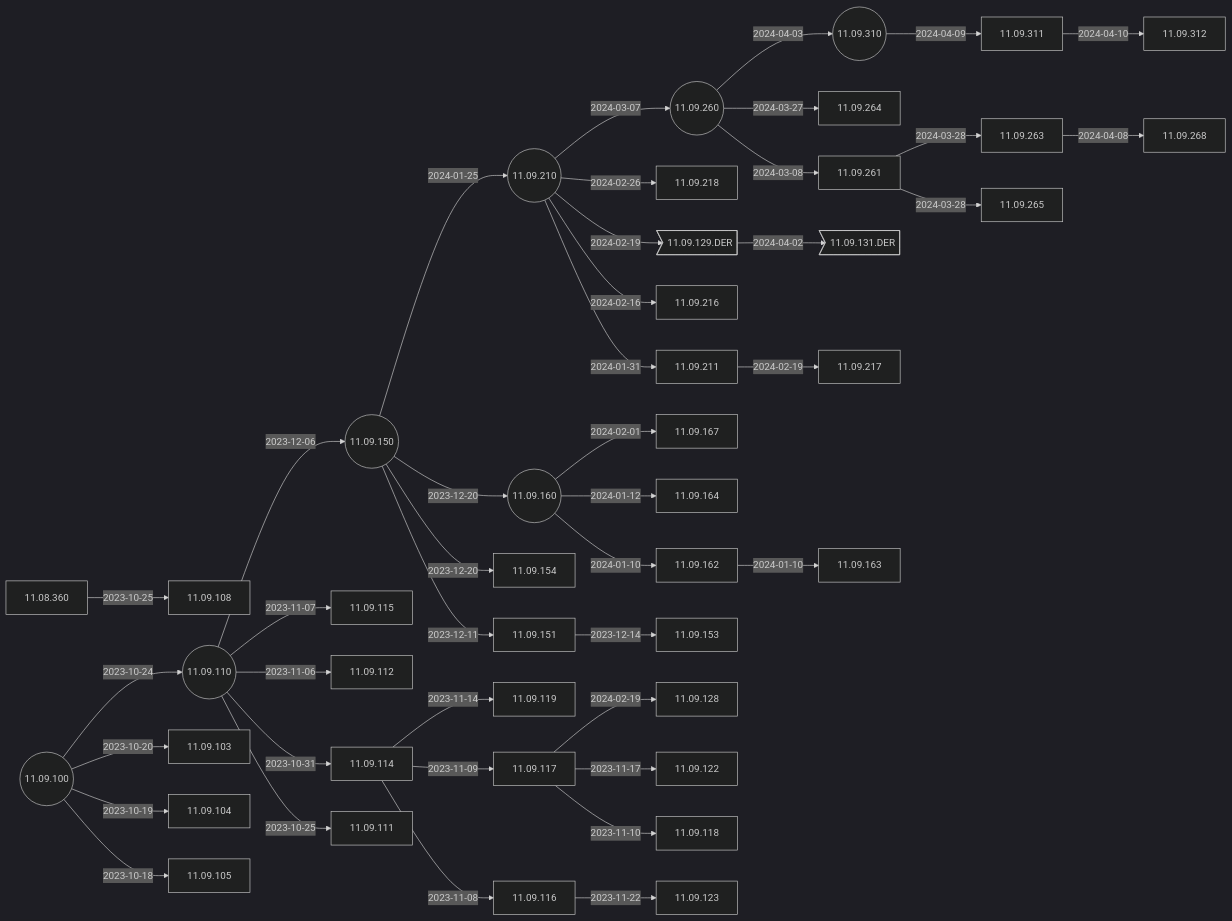
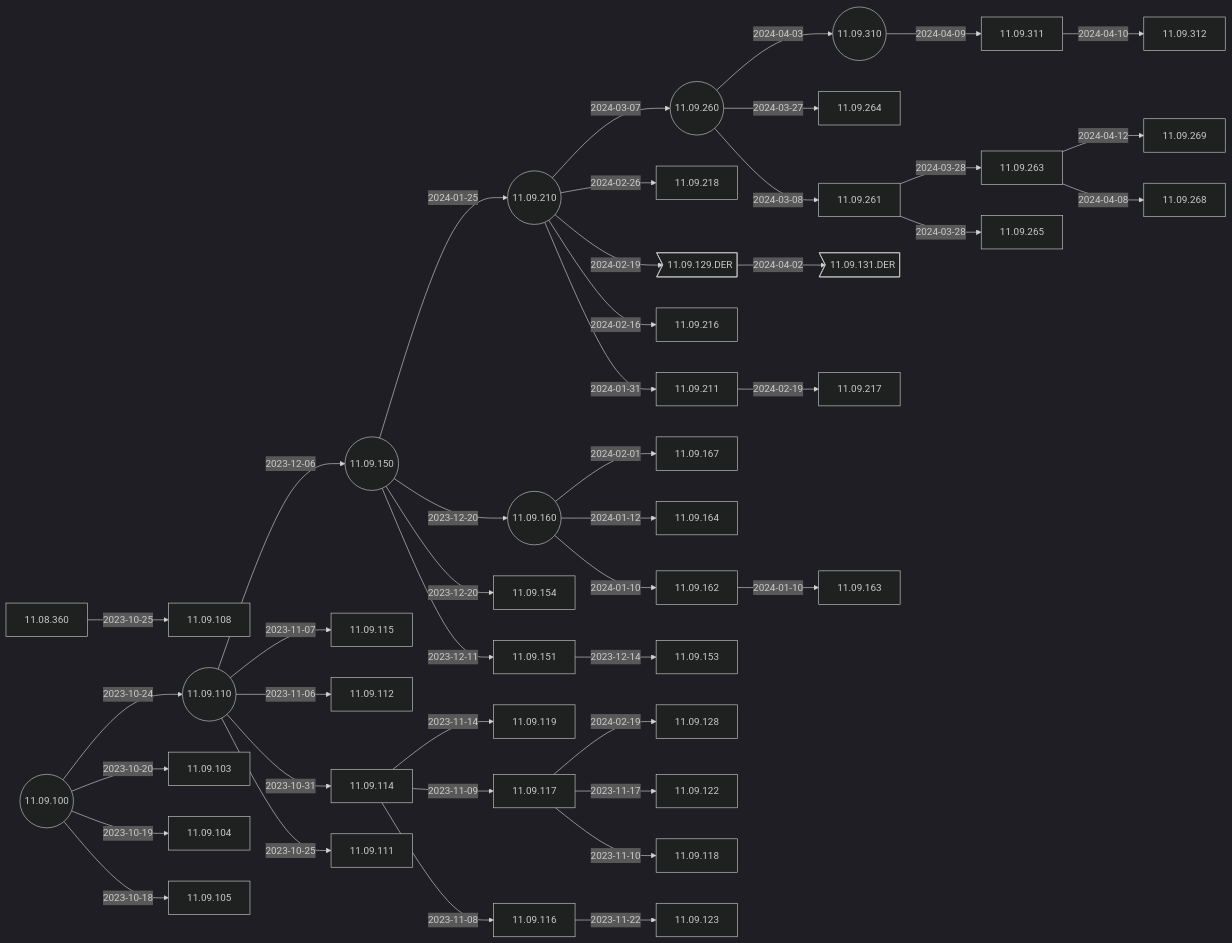
Before and after one commit to IGEL-Community/IGEL-Docs-v02: the second of 5 diagrams in docs/Docs/ReleaseNotes/01-OS11/README.md, drawn with Mermaid (dark theme). The commit also changed 2 other files, not shown here.

Commit message:
11.09.269 < 11.09.263

````diff
--- a/docs/Docs/ReleaseNotes/01-OS11/README.md
+++ b/docs/Docs/ReleaseNotes/01-OS11/README.md
@@ -41,5 +41,6 @@
 ```mermaid
 flowchart LR
+    11.09.263-- 2024-04-12 -->11.09.269
     11.09.311-- 2024-04-10 -->11.09.312
     11.09.310-- 2024-04-09 -->11.09.311
     11.09.263-- 2024-04-08 -->11.09.268
@@ -82,6 +83,7 @@
     11.09.100-- 2023-10-19 -->11.09.104
     11.09.100-- 2023-10-18 -->11.09.105
     11.09.100((11.09.100))
+    click 11.09.269 "https://github.com/IGEL-Community/IGEL-Docs-v02/tree/main/docs/Docs/ReleaseNotes/01-OS11/readme11.09.269.txt" _blank
     click 11.09.312 "https://github.com/IGEL-Community/IGEL-Docs-v02/tree/main/docs/Docs/ReleaseNotes/01-OS11/readme11.09.312.txt" _blank
     click 11.09.311 "https://github.com/IGEL-Community/IGEL-Docs-v02/tree/main/docs/Docs/ReleaseNotes/01-OS11/readme11.09.311.txt" _blank
     click 11.09.268 "https://github.com/IGEL-Community/IGEL-Docs-v02/tree/main/docs/Docs/ReleaseNotes/01-OS11/readme11.09.268.txt" _blank
````
